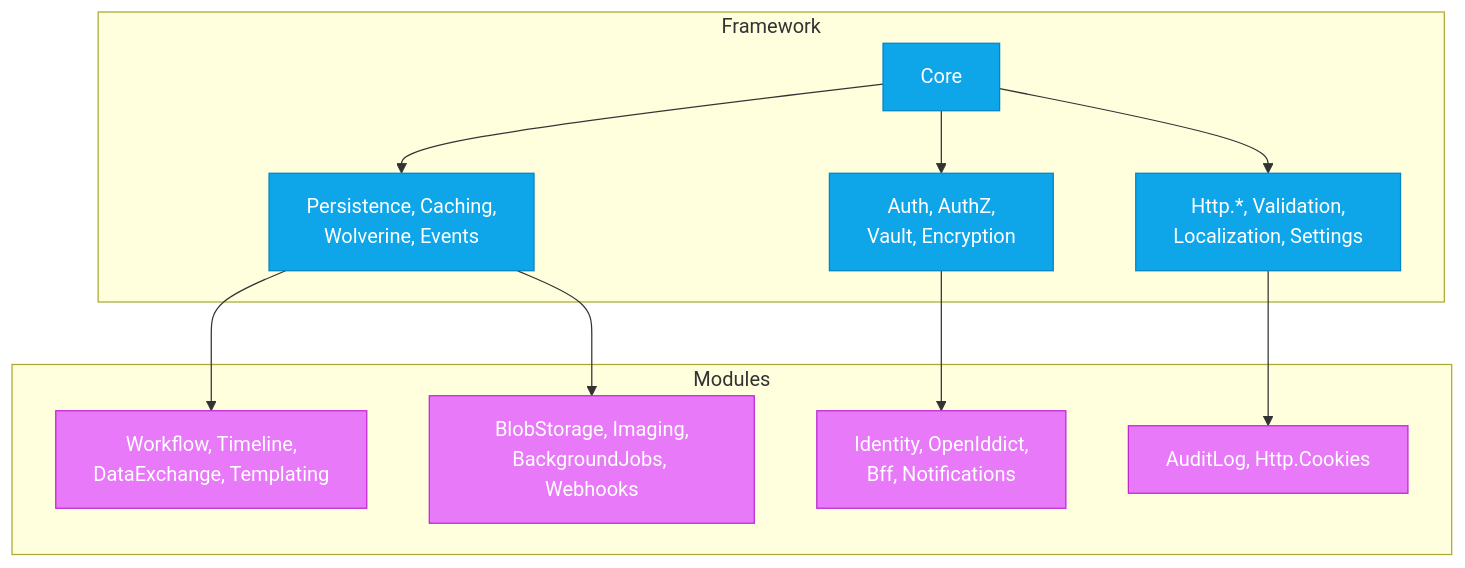
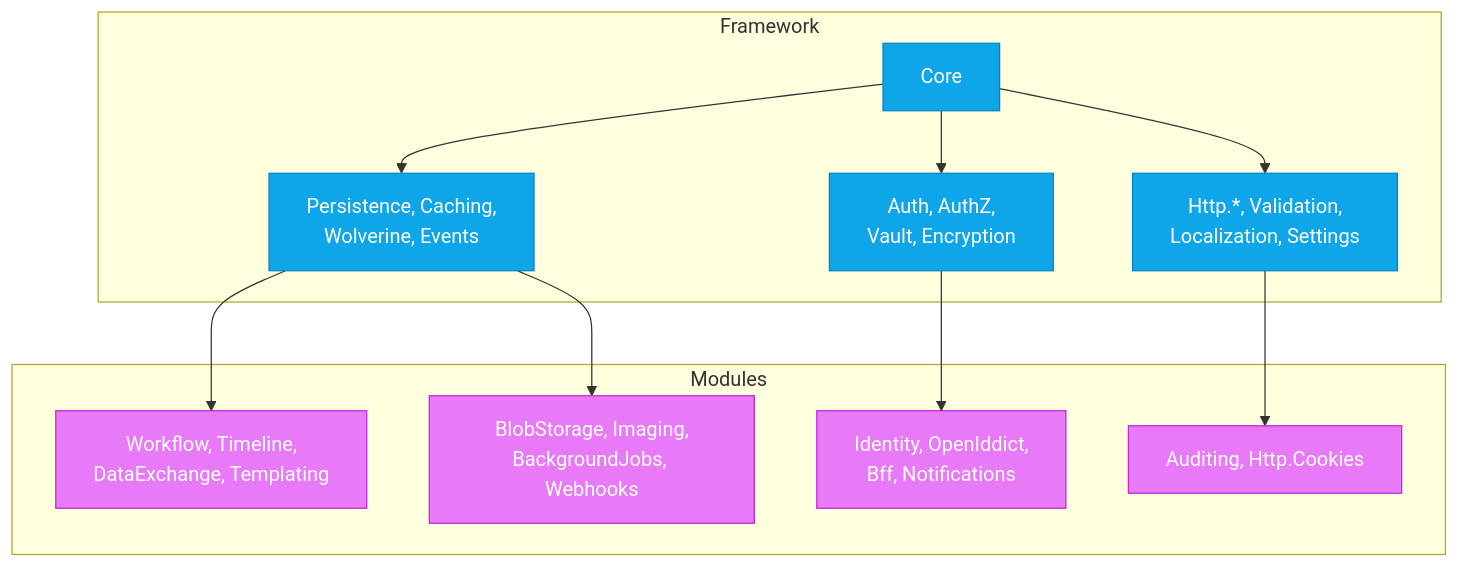
The diagram in docs-site/src/content/docs/dotnet/concepts/framework-vs-modules.mdx (enraiz/granit-dotnet), drawn with Mermaid before and after one commit. The commit also changed other lines of this file and 326 other files, not shown here.

````diff
--- a/docs-site/src/content/docs/dotnet/concepts/framework-vs-modules.mdx
+++ b/docs-site/src/content/docs/dotnet/concepts/framework-vs-modules.mdx
@@ -128,28 +128,28 @@
 ```mermaid
 flowchart TD
     classDef fw fill:#0ea5e9,stroke:#0284c7,color:#fff
     classDef mod fill:#e879f9,stroke:#c026d3,color:#fff
     classDef bridge fill:#f59e0b,stroke:#b45309,color:#fff
 
     subgraph Framework
         CORE["Core"]:::fw
         INFRA["Persistence, Caching,\nWolverine, Events"]:::fw
         SEC["Auth, AuthZ,\nVault, Encryption"]:::fw
         PLAT["Http.*, Validation,\nLocalization, Settings"]:::fw
     end
 
     subgraph Modules
         BIZ["Workflow, Timeline,\nDataExchange, Templating"]:::mod
         STORE["BlobStorage, Imaging,\nBackgroundJobs, Webhooks"]:::mod
         IDENT["Identity, OpenIddict,\nBff, Notifications"]:::mod
-        COMP["AuditLog, Http.Cookies"]:::mod
+        COMP["Auditing, Http.Cookies"]:::mod
     end
 
     CORE --> INFRA
     CORE --> SEC
     CORE --> PLAT
     INFRA --> BIZ
     INFRA --> STORE
     SEC --> IDENT
     PLAT --> COMP
 ```
````
